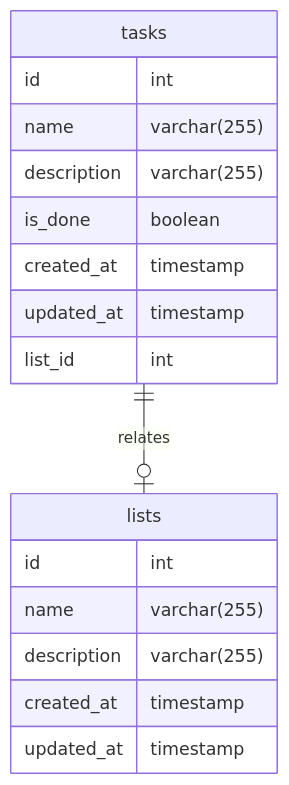
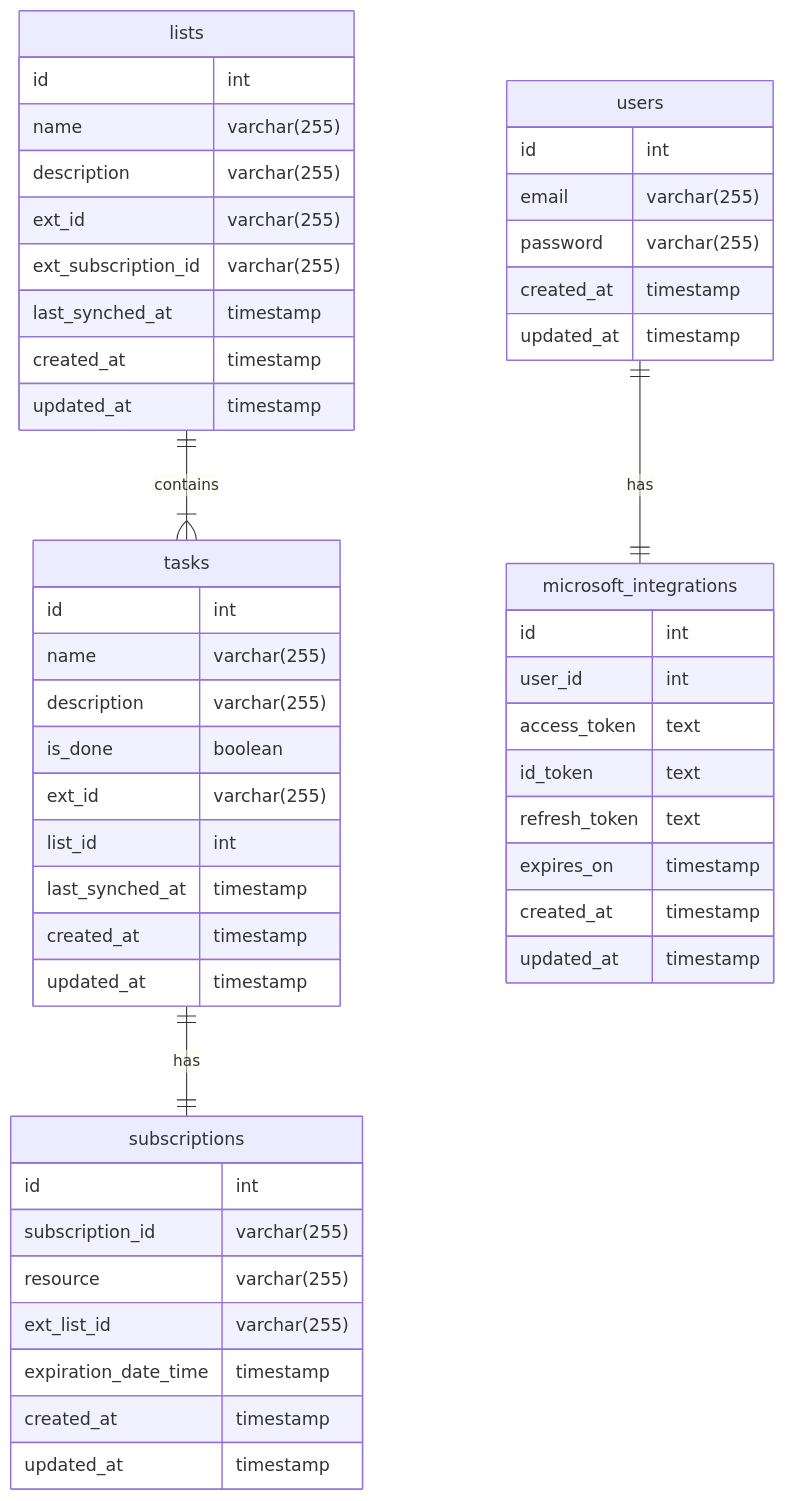
The diagram in README.md (jonathas/todo-service), drawn with Mermaid before and after one commit. The commit also changed other lines of this file and 8 other files, not shown here.

````diff
--- a/README.md
+++ b/README.md
@@ -59,21 +133,54 @@
 ```mermaid
 erDiagram
-    tasks ||--o| lists : relates
+    lists ||--|{ tasks : contains
+    users ||--|| microsoft_integrations : has
+    tasks ||--|| subscriptions : has
 
     tasks {
         id int
         name varchar(255)
         description varchar(255)
         is_done boolean
+        ext_id varchar(255)
+        list_id int
+        last_synched_at timestamp
         created_at timestamp
         updated_at timestamp
-        list_id int
     }
     lists {
       id int
       name varchar(255)
       description varchar(255)
+      ext_id varchar(255)
+      ext_subscription_id varchar(255)
+      last_synched_at timestamp
+      created_at timestamp
+      updated_at timestamp
+    }
+    users {
+      id int
+      email varchar(255)
+      password varchar(255)
+      created_at timestamp
+      updated_at timestamp
+    }
+    microsoft_integrations {
+      id int
+      user_id int
+      access_token text
+      id_token text
+      refresh_token text
+      expires_on timestamp
+      created_at timestamp
+      updated_at timestamp      
+    }
+    subscriptions {
+      id int
+      subscription_id varchar(255)
+      resource varchar(255)
+      ext_list_id varchar(255)
+      expiration_date_time timestamp
       created_at timestamp
       updated_at timestamp
     }
 ```
````
